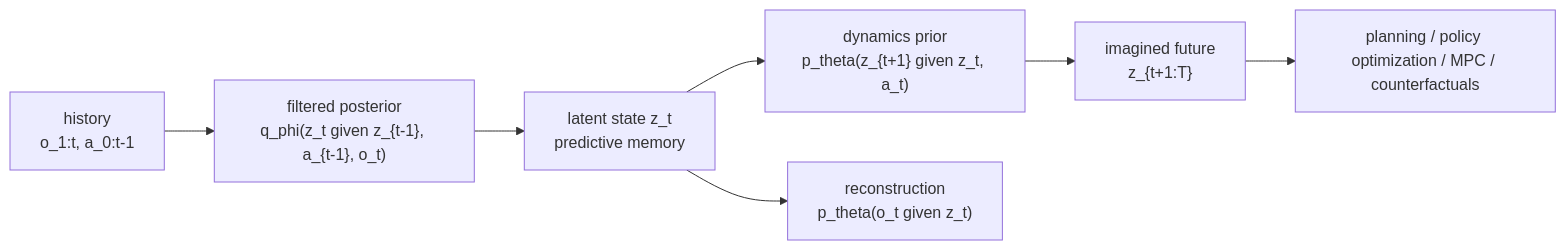
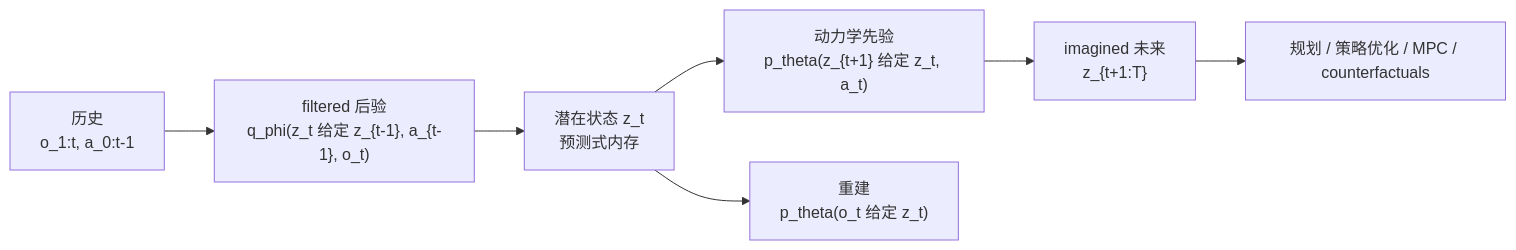
Before and after one commit to niuverse/llm-wiki: the diagram in wiki/concepts/WorldModelsForEmbodiedAI.md, drawn with Mermaid. The commit also changed other lines of this file and 123 other files, not shown here.

````diff
--- a/wiki/concepts/WorldModelsForEmbodiedAI.md
+++ b/wiki/concepts/WorldModelsForEmbodiedAI.md
@@ -57,9 +57,9 @@
 ```mermaid
 flowchart LR
-  A["history<br/>o_1:t, a_0:t-1"] --> B["filtered posterior<br/>q_phi(z_t given z_{t-1}, a_{t-1}, o_t)"]
-  B --> C["latent state z_t<br/>predictive memory"]
-  C --> D["dynamics prior<br/>p_theta(z_{t+1} given z_t, a_t)"]
-  D --> E["imagined future<br/>z_{t+1:T}"]
-  C --> F["reconstruction<br/>p_theta(o_t given z_t)"]
-  E --> G["planning / policy optimization / MPC / counterfactuals"]
+  A["历史<br/>o_1:t, a_0:t-1"] --> B["filtered 后验<br/>q_phi(z_t 给定 z_{t-1}, a_{t-1}, o_t)"]
+  B --> C["潜在状态 z_t<br/>预测式内存"]
+  C --> D["动力学先验<br/>p_theta(z_{t+1} 给定 z_t, a_t)"]
+  D --> E["imagined 未来<br/>z_{t+1:T}"]
+  C --> F["重建<br/>p_theta(o_t 给定 z_t)"]
+  E --> G["规划 / 策略优化 / MPC / counterfactuals"]
 ```
````
